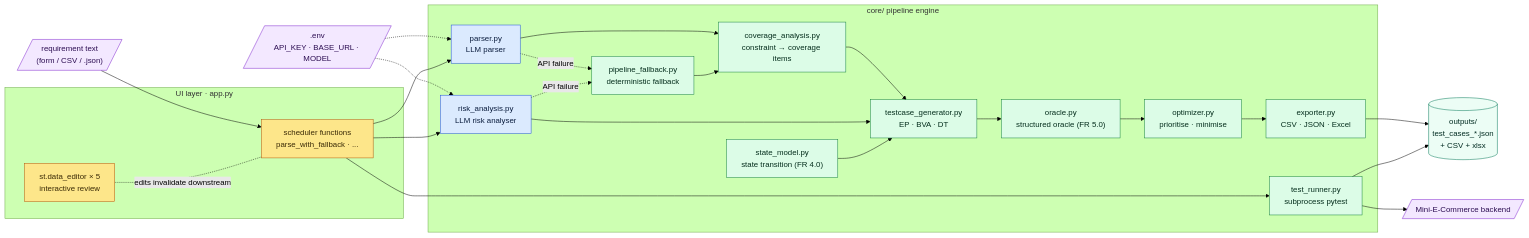
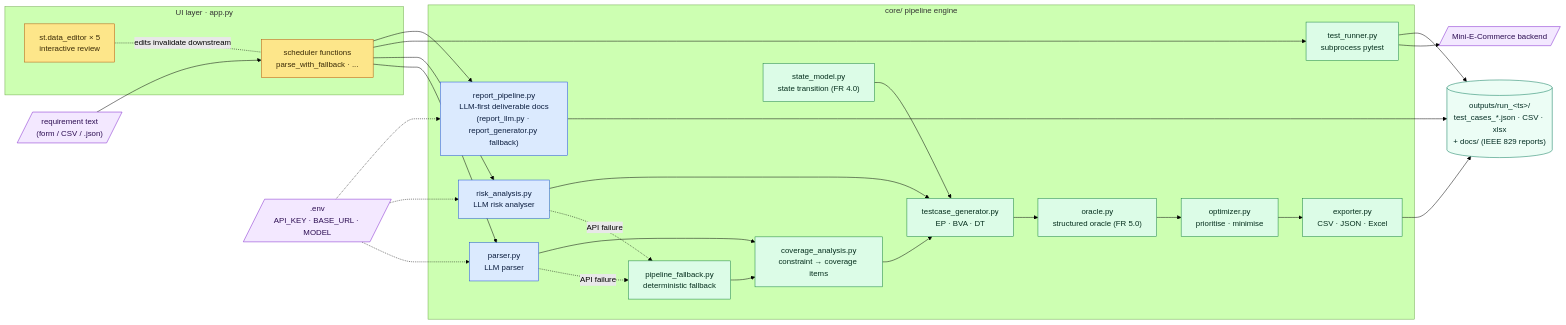
Before and after one commit to BeholderABC/Software-Testing-Final: the second of 6 diagrams in docs/architecture.md, drawn with Mermaid (forest theme). The commit also changed other lines of this file and 15 other files, not shown here.

````diff
--- a/docs/architecture.md
+++ b/docs/architecture.md
@@ -70,61 +76,65 @@
 ```mermaid
 flowchart LR
     classDef llm   fill:#dbeafe,stroke:#1d4ed8,color:#0c1e3f
     classDef rule  fill:#dcfce7,stroke:#15803d,color:#052e1d
     classDef ui    fill:#fde68a,stroke:#b45309,color:#3a2a06
     classDef out   fill:#ecfdf5,stroke:#047857,color:#022c22
     classDef ext   fill:#f3e8ff,stroke:#7e22ce,color:#2c0d52
 
     Input[/"requirement text<br/>(form / CSV / .json)"/]
     Env[/".env<br/>API_KEY · BASE_URL · MODEL"/]
 
     subgraph uiLayer ["UI layer · app.py"]
         Scheduler["scheduler functions<br/>parse_with_fallback · ..."]
         Editor["st.data_editor × 5<br/>interactive review"]
     end
 
     subgraph engine ["core/ pipeline engine"]
         Parser["parser.py<br/>LLM parser"]
         Risk["risk_analysis.py<br/>LLM risk analyser"]
         Fallback["pipeline_fallback.py<br/>deterministic fallback"]
         Coverage["coverage_analysis.py<br/>constraint → coverage items"]
         TestGen["testcase_generator.py<br/>EP · BVA · DT"]
         Oracle["oracle.py<br/>structured oracle (FR 5.0)"]
         StateModel["state_model.py<br/>state transition (FR 4.0)"]
         Optimizer["optimizer.py<br/>prioritise · minimise"]
         Exporter["exporter.py<br/>CSV · JSON · Excel"]
         Runner["test_runner.py<br/>subprocess pytest"]
+        Reports["report_pipeline.py<br/>LLM-first deliverable docs<br/>(report_llm.py · report_generator.py fallback)"]
     end
 
-    Outputs[("outputs/<br/>test_cases_*.json<br/>+ CSV + xlsx")]
+    Outputs[("outputs/run_&lt;ts&gt;/<br/>test_cases_*.json · CSV · xlsx<br/>+ docs/ (IEEE 829 reports)")]
     Backend[/"Mini-E-Commerce backend"/]
 
     Input --> Scheduler
     Env -.-> Parser
     Env -.-> Risk
 
     Scheduler --> Parser
     Scheduler --> Risk
     Parser -. "API failure" .-> Fallback
     Risk   -. "API failure" .-> Fallback
     Parser --> Coverage
     Fallback --> Coverage
     Coverage --> TestGen
     Risk --> TestGen
     TestGen --> Oracle
     StateModel --> TestGen
     Oracle --> Optimizer
     Optimizer --> Exporter
     Scheduler --> Runner
+    Scheduler --> Reports
+    Env -.-> Reports
     Editor -. "edits invalidate downstream" .- Scheduler
 
     Exporter --> Outputs
     Runner --> Backend
     Runner --> Outputs
+    Reports --> Outputs
 
-    class Parser,Risk llm
+    class Parser,Risk,Reports llm
     class Coverage,TestGen,Oracle,StateModel,Optimizer,Exporter,Runner,Fallback rule
     class Scheduler,Editor ui
     class Outputs out
     class Backend,Input,Env ext
 ```
````
